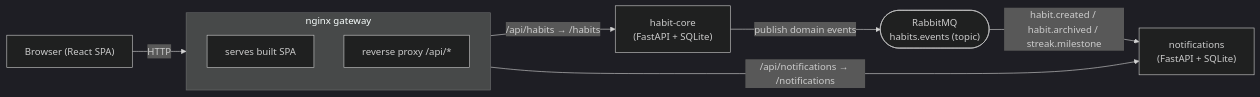
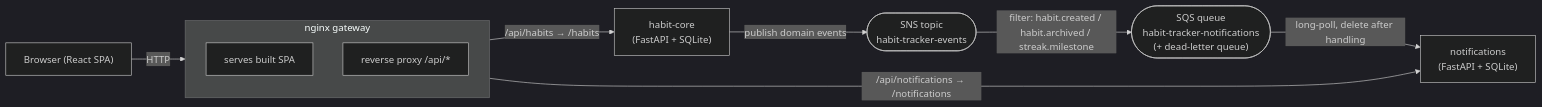
The diagram in README.md (amir-haskel/habit-tracker), drawn with Mermaid (dark theme) before and after one commit. The commit also changed other lines of this file and 22 other files, not shown here.

Commit message:
changed use of rabbitMQ to AWS sns and sqs. using localstack for local demos

````diff
--- a/README.md
+++ b/README.md
@@ -10,18 +10,20 @@
 ```mermaid
 flowchart LR
     Browser["Browser (React SPA)"]
     subgraph Gateway["nginx gateway"]
         direction TB
         SPA["serves built SPA"]
         Proxy["reverse proxy /api/*"]
     end
     HC["habit-core\n(FastAPI + SQLite)"]
     NO["notifications\n(FastAPI + SQLite)"]
-    MQ(["RabbitMQ\nhabits.events (topic)"])
+    SNS(["SNS topic\nhabit-tracker-events"])
+    SQS(["SQS queue\nhabit-tracker-notifications\n(+ dead-letter queue)"])
 
     Browser -->|HTTP| Gateway
     Proxy -->|/api/habits → /habits| HC
     Proxy -->|/api/notifications → /notifications| NO
-    HC -->|publish domain events| MQ
-    MQ -->|habit.created / habit.archived / streak.milestone| NO
+    HC -->|publish domain events| SNS
+    SNS -->|filter: habit.created / habit.archived / streak.milestone| SQS
+    SQS -->|long-poll, delete after handling| NO
 ```
````
